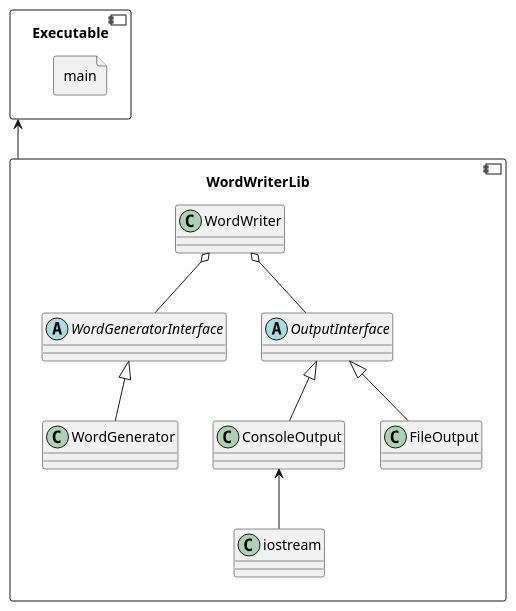
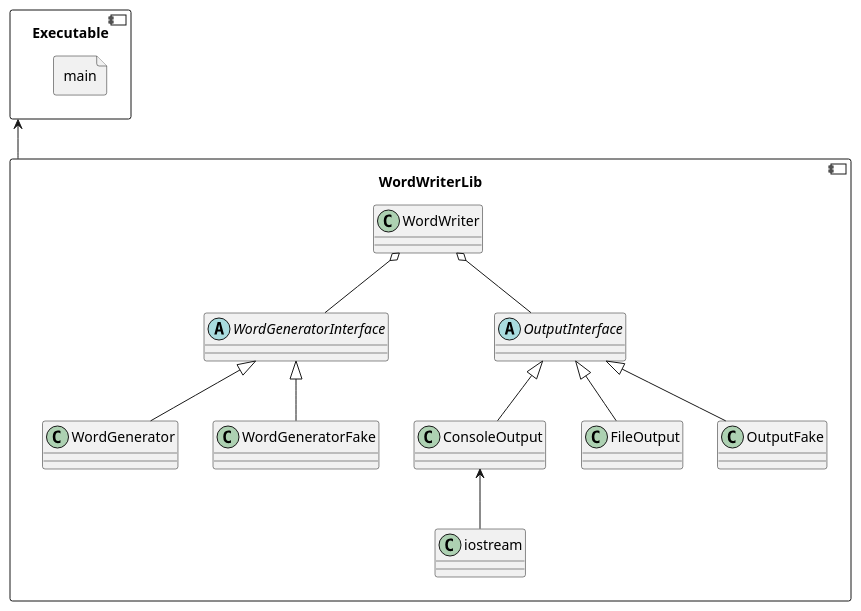
Before and after one commit to craft-coder/unit-testing-example: the diagram in doc/classes.plantuml, drawn with PlantUML. The commit also changed 3 other files, not shown here.

```diff
--- a/doc/classes.plantuml
+++ b/doc/classes.plantuml
@@ -1,27 +1,31 @@
 allow_mixing
 
 component Executable {
     file main
 }
 
 component WordWriterLib {
     class WordWriter
 
     abstract class WordGeneratorInterface
     class WordGenerator 
+    class WordGeneratorFake
 
     abstract class OutputInterface
     class ConsoleOutput 
     class iostream
     class FileOutput
+    class OutputFake
 
     WordWriter o-- OutputInterface
     WordWriter o-- WordGeneratorInterface
 
     OutputInterface <|-- ConsoleOutput
     OutputInterface <|-- FileOutput
+    OutputInterface <|-- OutputFake
     WordGeneratorInterface <|-- WordGenerator
+    WordGeneratorInterface <|-- WordGeneratorFake
     ConsoleOutput <-- iostream
 }
 
 Executable <-- WordWriterLib
```
